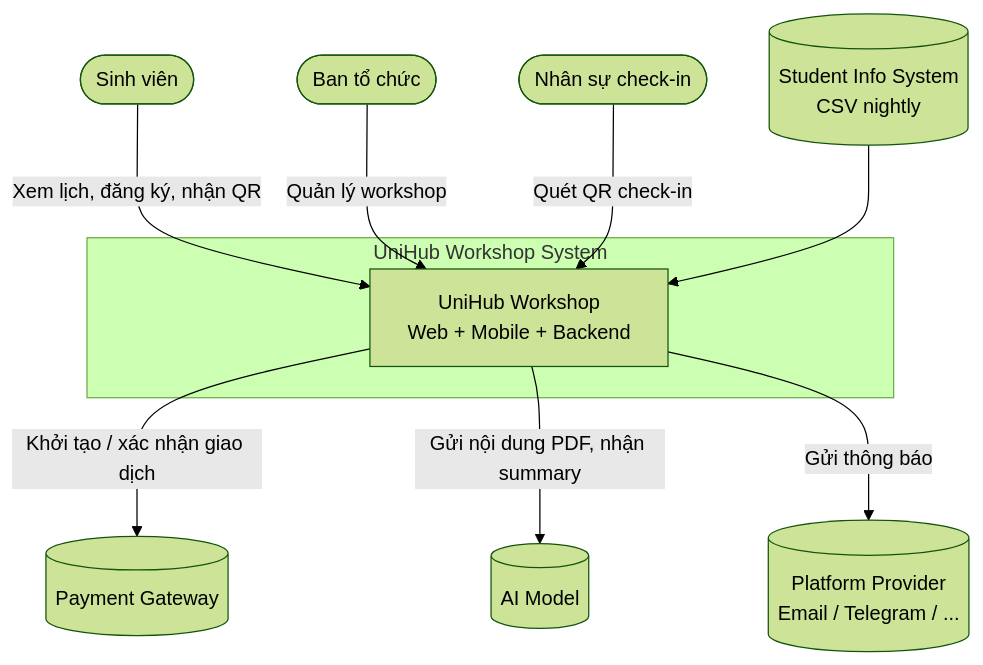
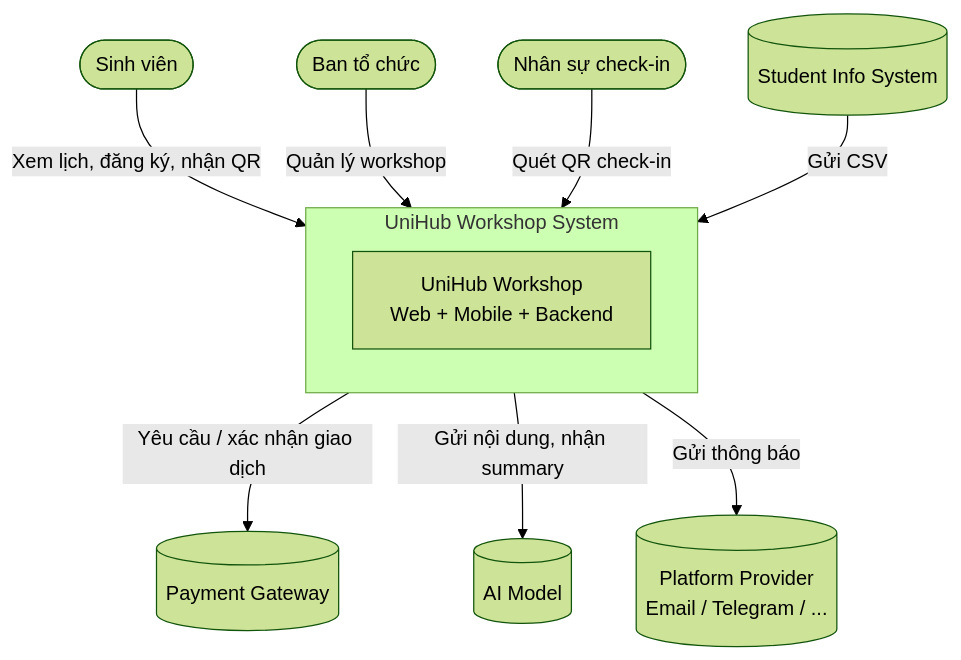
The second of 4 diagrams in blueprint/design.md (thinhngoo/UniHub-Workshop), drawn with Mermaid (forest theme) before and after one commit. The commit also changed other lines of this file and 33 other files, not shown here.

````diff
--- a/blueprint/design.md
+++ b/blueprint/design.md
@@ -88,24 +71,24 @@
 ```mermaid
 flowchart TB
     SV([Sinh viên])
     BTC([Ban tổ chức])
     NSC([Nhân sự check-in])
 
     subgraph UH[UniHub Workshop System]
         Core[UniHub Workshop<br/>Web + Mobile + Backend]
     end
 
     PG[(Payment Gateway)]
     AI[(AI Model)]
-    SIS[(Student Info System<br/>CSV nightly)]
+    SIS[(Student Info System)]
     NOTI[(Platform Provider<br/>Email / Telegram / ...)]
 
-    SV  -- Xem lịch, đăng ký, nhận QR --> Core
-    BTC -- Quản lý workshop --> Core
-    NSC -- Quét QR check-in --> Core
-    SIS --> Core
+    SV  -- Xem lịch, đăng ký, nhận QR --> UH
+    BTC -- Quản lý workshop --> UH
+    NSC -- Quét QR check-in --> UH
+    SIS -- Gửi CSV --> UH
 
-    Core -- Khởi tạo / xác nhận giao dịch --> PG
-    Core -- Gửi nội dung PDF, nhận summary --> AI
-    Core -- Gửi thông báo --> NOTI
+    UH -- Yêu cầu / xác nhận giao dịch --> PG
+    UH -- Gửi nội dung, nhận summary --> AI
+    UH -- Gửi thông báo --> NOTI
 ```
````
